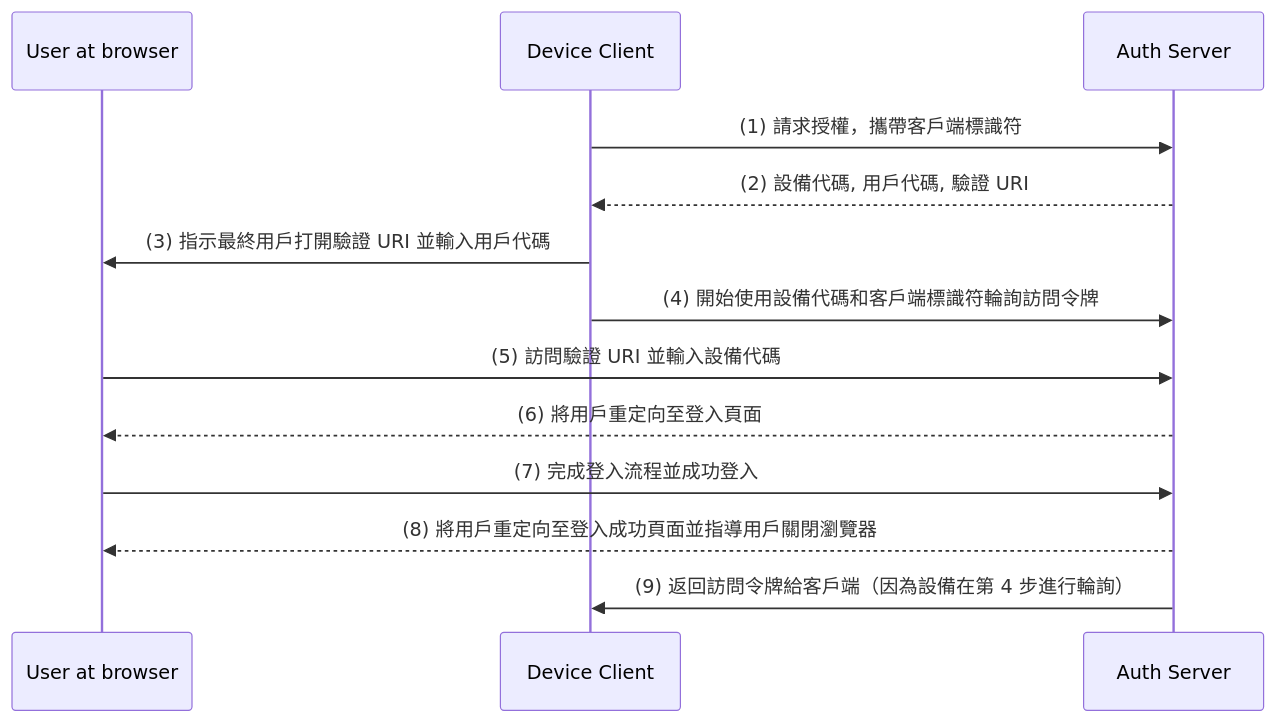
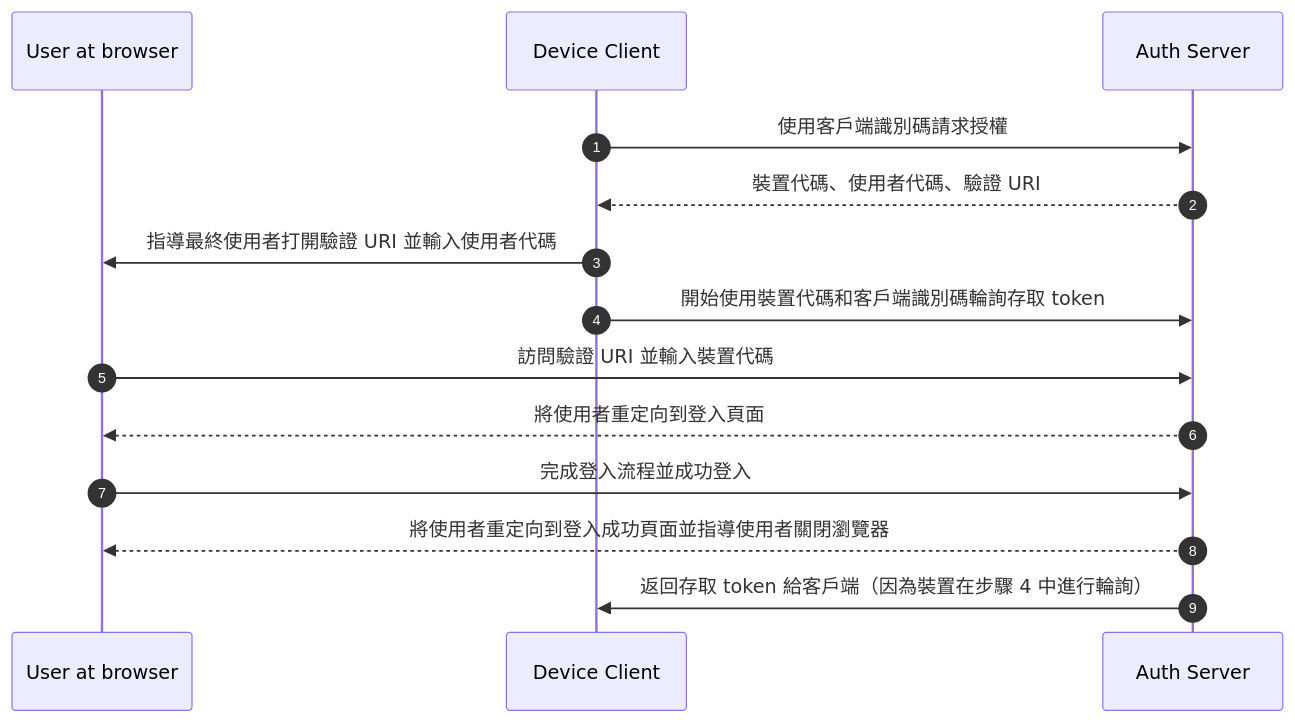
Before and after one commit to logto-io/auth-wiki: the diagram in src/content/terms/zh-Hant/device-flow.mdx, drawn with Mermaid. The commit also changed other lines of this file and 98 other files, not shown here.

````diff
--- a/src/content/terms/zh-Hant/device-flow.mdx
+++ b/src/content/terms/zh-Hant/device-flow.mdx
@@ -88,16 +90,17 @@
 ```mermaid
 sequenceDiagram
+	autonumber
 	participant User at browser
 	participant Device Client
 	participant Auth Server
 
-	Device Client ->> Auth Server: (1) 請求授權，攜帶客戶端標識符
-	Auth Server -->> Device Client: (2) 設備代碼, 用戶代碼, 驗證 URI
-	Device Client ->> User at browser: (3) 指示最終用戶打開驗證 URI 並輸入用戶代碼
-	Device Client ->> Auth Server: (4) 開始使用設備代碼和客戶端標識符輪詢訪問令牌
-	User at browser ->> Auth Server: (5) 訪問驗證 URI 並輸入設備代碼
-	Auth Server -->> User at browser: (6) 將用戶重定向至登入頁面
-	User at browser ->> Auth Server: (7) 完成登入流程並成功登入
-	Auth Server -->> User at browser: (8) 將用戶重定向至登入成功頁面並指導用戶關閉瀏覽器
-	Auth Server ->> Device Client: (9) 返回訪問令牌給客戶端（因為設備在第 4 步進行輪詢）
+	Device Client ->> Auth Server: 使用客戶端識別碼請求授權
+	Auth Server -->> Device Client: 裝置代碼、使用者代碼、驗證 URI
+	Device Client ->> User at browser: 指導最終使用者打開驗證 URI 並輸入使用者代碼
+	Device Client ->> Auth Server: 開始使用裝置代碼和客戶端識別碼輪詢存取 token
+	User at browser ->> Auth Server: 訪問驗證 URI 並輸入裝置代碼
+	Auth Server -->> User at browser: 將使用者重定向到登入頁面
+	User at browser ->> Auth Server: 完成登入流程並成功登入
+	Auth Server -->> User at browser: 將使用者重定向到登入成功頁面並指導使用者關閉瀏覽器
+	Auth Server ->> Device Client: 返回存取 token 給客戶端（因為裝置在步驟 4 中進行輪詢）
 ```
````
